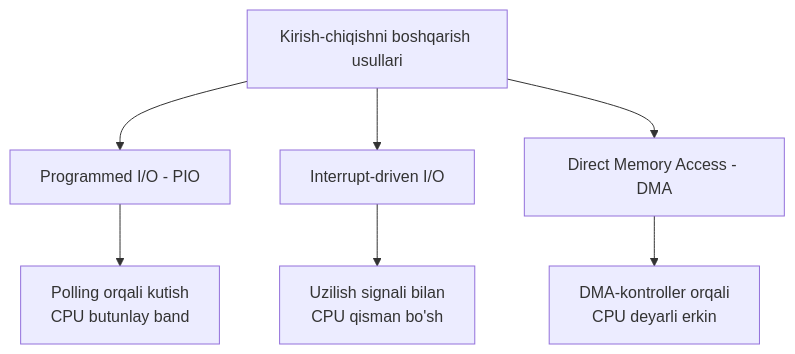
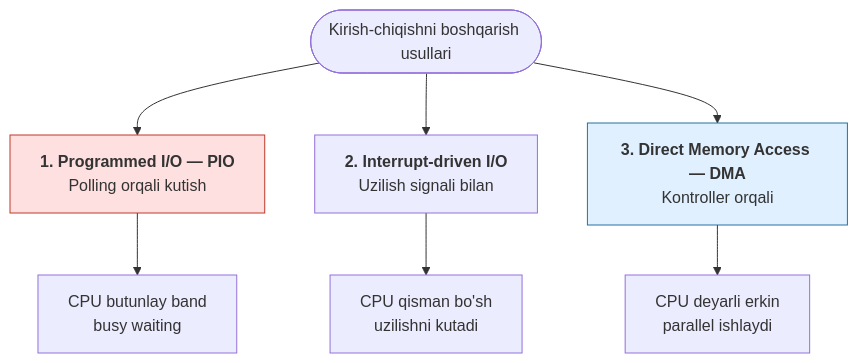
Before and after one commit to komronigris1119-byte/Root-Access-: the first of 5 diagrams in PIO_DMA_Mustaqil_ish.md, drawn with Mermaid. The commit also changed other lines of this file and 1 other file, not shown here.

Commit message:
Mustaqil ishni chiroyli formatda yangilash: aniqroq texnik mazmun, HTML jadvallar, yaxshilangan diagrammalar va Word stillari

````diff
--- a/PIO_DMA_Mustaqil_ish.md
+++ b/PIO_DMA_Mustaqil_ish.md
@@ -144,9 +161,11 @@
 ```mermaid
 graph TD
-    A[Kirish-chiqishni boshqarish usullari] --> B[Programmed I/O - PIO]
-    A --> C[Interrupt-driven I/O]
-    A --> D[Direct Memory Access - DMA]
-    B --> B1[Polling orqali kutish<br/>CPU butunlay band]
-    C --> C1[Uzilish signali bilan<br/>CPU qisman bo'sh]
-    D --> D1[DMA-kontroller orqali<br/>CPU deyarli erkin]
+    A([Kirish-chiqishni boshqarish usullari]) --> B[<b>1. Programmed I/O — PIO</b><br/>Polling orqali kutish]
+    A --> C[<b>2. Interrupt-driven I/O</b><br/>Uzilish signali bilan]
+    A --> D[<b>3. Direct Memory Access — DMA</b><br/>Kontroller orqali]
+    B --> B1[CPU butunlay band<br/>busy waiting]
+    C --> C1[CPU qisman bo'sh<br/>uzilishni kutadi]
+    D --> D1[CPU deyarli erkin<br/>parallel ishlaydi]
+    style B fill:#ffe0e0,stroke:#c0392b
+    style D fill:#e0f0ff,stroke:#2471a3
 ```
````
